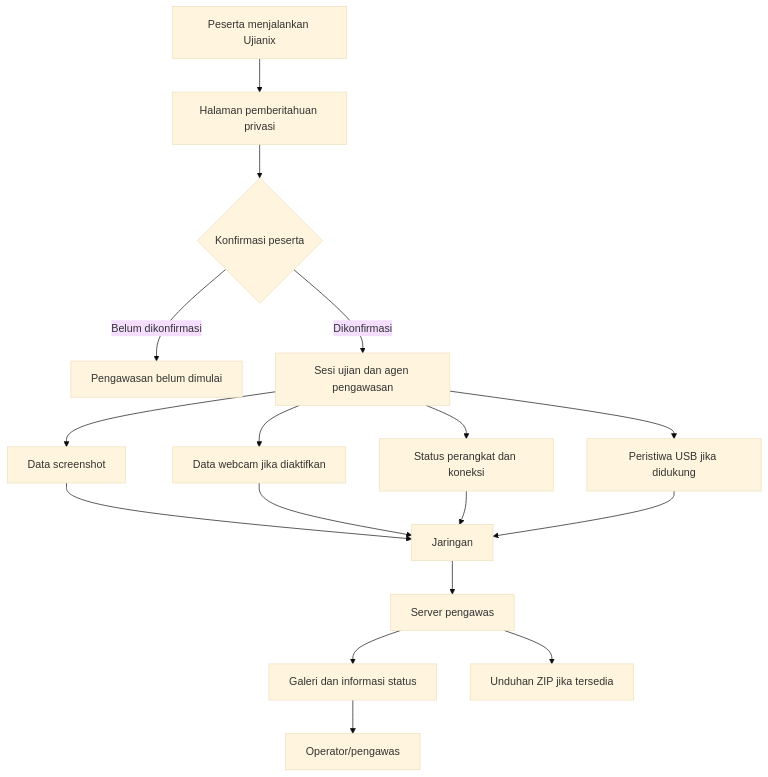
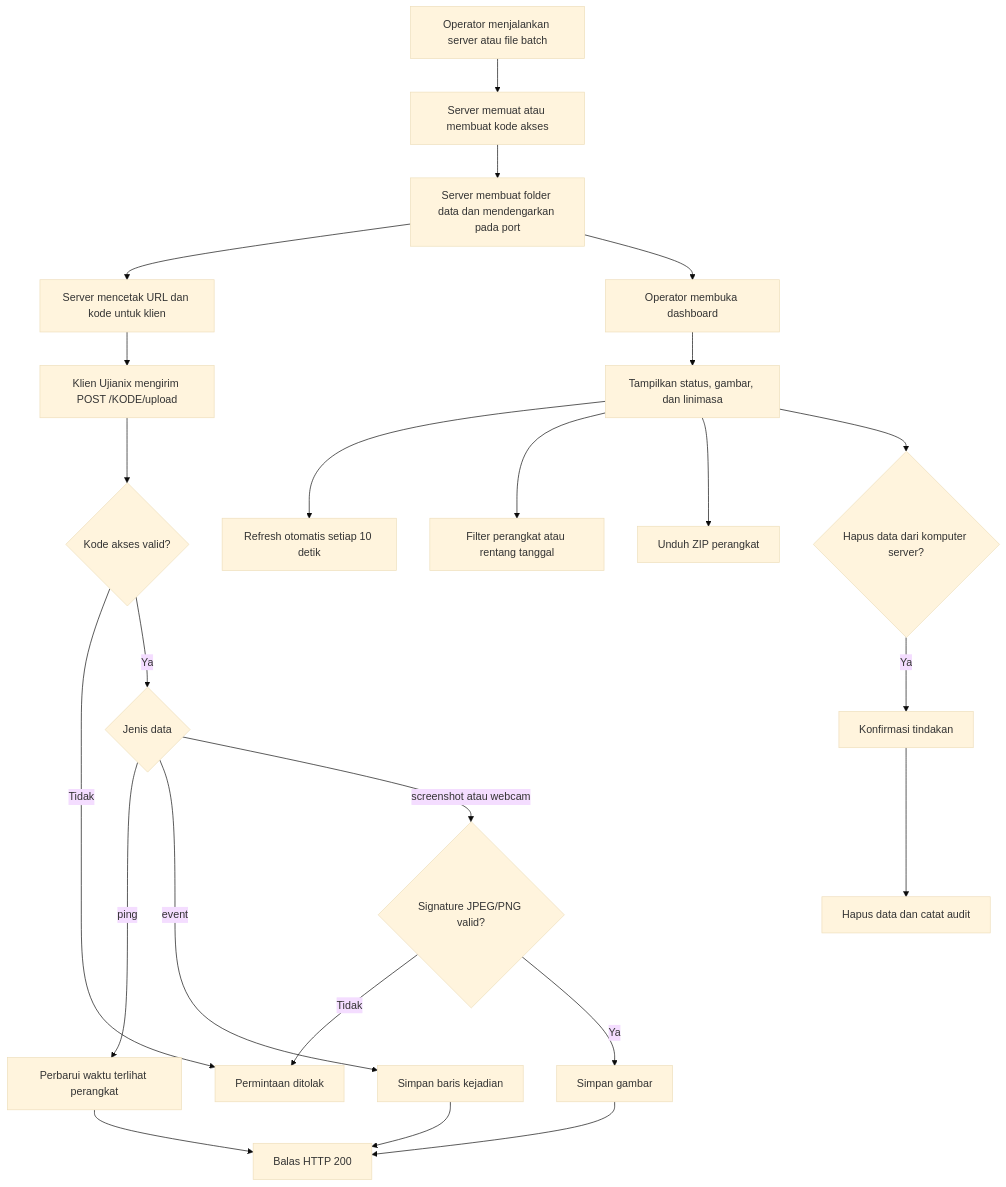
The diagram in docs/Dokumentasi-Sistem-Pengawasan-Peserta-Ujianix.md (iksnrizal/Ujianix), drawn with Mermaid (base theme) before and after one commit. The commit also changed other lines of this file, not shown here.

First line of the commit message:
Penambahan dokumentasi Pengawas

````diff
--- a/docs/Dokumentasi-Sistem-Pengawasan-Peserta-Ujianix.md
+++ b/docs/Dokumentasi-Sistem-Pengawasan-Peserta-Ujianix.md
@@ -30,19 +59,26 @@
 ```mermaid
 flowchart TD
-    A[Peserta menjalankan Ujianix] --> B[Halaman pemberitahuan privasi]
-    B --> C{Konfirmasi peserta}
-    C -->|Belum dikonfirmasi| D[Pengawasan belum dimulai]
-    C -->|Dikonfirmasi| E[Sesi ujian dan agen pengawasan]
-    E --> F[Data screenshot]
-    E --> G[Data webcam jika diaktifkan]
-    E --> H[Status perangkat dan koneksi]
-    E --> I[Peristiwa USB jika didukung]
-    F --> J[Jaringan]
-    G --> J
-    H --> J
-    I --> J
-    J --> K[Server pengawas]
-    K --> L[Galeri dan informasi status]
-    L --> M[Operator/pengawas]
-    K --> N[Unduhan ZIP jika tersedia]
+    A[Operator menjalankan server atau file batch] --> B[Server memuat atau membuat kode akses]
+    B --> C[Server membuat folder data dan mendengarkan pada port]
+    C --> D[Server mencetak URL dan kode untuk klien]
+    D --> E[Klien Ujianix mengirim POST /KODE/upload]
+    E --> F{Kode akses valid?}
+    F -->|Tidak| G[Permintaan ditolak]
+    F -->|Ya| H{Jenis data}
+    H -->|ping| I[Perbarui waktu terlihat perangkat]
+    H -->|event| J[Simpan baris kejadian]
+    H -->|screenshot atau webcam| K{Signature JPEG/PNG valid?}
+    K -->|Tidak| G
+    K -->|Ya| L[Simpan gambar]
+    I --> M[Balas HTTP 200]
+    J --> M
+    L --> M
+    C --> N[Operator membuka dashboard]
+    N --> O[Tampilkan status, gambar, dan linimasa]
+    O --> P[Refresh otomatis setiap 10 detik]
+    O --> Q[Filter perangkat atau rentang tanggal]
+    O --> R[Unduh ZIP perangkat]
+    O --> S{Hapus data dari komputer server?}
+    S -->|Ya| T[Konfirmasi tindakan]
+    T --> U[Hapus data dan catat audit]
 ```
````
